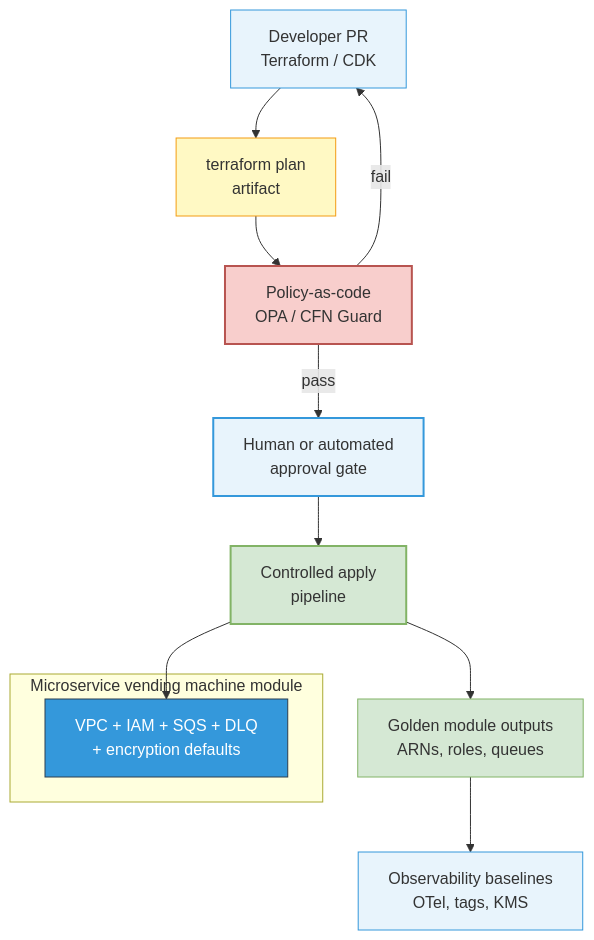
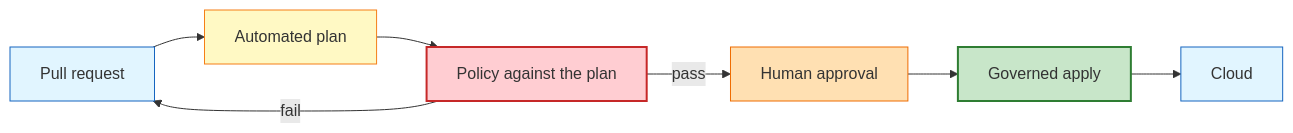
One commit to vaquarkhan/microservices-recipes-a-free-gitbook changed the diagram in assets/images/diagrams/iac-golden-path-pipeline.mmd. Above: the diagram before and after it, drawn with Mermaid. The commit also changed 151 other files, not shown here.

```diff
--- a/assets/images/diagrams/iac-golden-path-pipeline.mmd
+++ b/assets/images/diagrams/iac-golden-path-pipeline.mmd
@@ -1,31 +1,14 @@
-flowchart TB
-    PR["Developer PR<br/>Terraform / CDK"]
-    PLAN["terraform plan<br/>artifact"]
-    POL["Policy-as-code<br/>OPA / CFN Guard"]
-    REV["Human or automated<br/>approval gate"]
-    APPLY["Controlled apply<br/>pipeline"]
-    OUT["Golden module outputs<br/>ARNs, roles, queues"]
-    OBS["Observability baselines<br/>OTel, tags, KMS"]
+flowchart LR
+    PR[Pull request] --> Plan[Automated plan]
+    Plan --> Pol[Policy against the plan]
+    Pol -->|fail| PR
+    Pol -->|pass| App[Human approval]
+    App --> Apply[Governed apply]
+    Apply --> Cloud[Cloud]
 
-    PR --> PLAN
-    PLAN --> POL
-    POL -->|pass| REV
-    POL -->|fail| PR
-    REV --> APPLY
-    APPLY --> OUT
-    OUT --> OBS
-
-    subgraph Vending["Microservice vending machine module"]
-        VM["VPC + IAM + SQS + DLQ<br/>+ encryption defaults"]
-    end
-
-    APPLY --> VM
-
-    style PR fill:#e8f4fc,stroke:#3498db
-    style PLAN fill:#fff9c4,stroke:#f39c12
-    style POL fill:#f8cecc,stroke:#b85450,stroke-width:2px
-    style REV fill:#e8f4fc,stroke:#3498db,stroke-width:2px
-    style APPLY fill:#d5e8d4,stroke:#82b366,stroke-width:2px
-    style OUT fill:#d5e8d4,stroke:#82b366
-    style OBS fill:#e8f4fc,stroke:#3498db
-    style VM fill:#3498db,stroke:#2c3e50,color:#fff
+    style PR fill:#e1f5ff,stroke:#1565c0
+    style Plan fill:#fff9c4,stroke:#f57f17
+    style Pol fill:#ffcdd2,stroke:#c62828,stroke-width:2px
+    style App fill:#ffe0b2,stroke:#ef6c00
+    style Apply fill:#c8e6c9,stroke:#2e7d32,stroke-width:2px
+    style Cloud fill:#e1f5ff,stroke:#1565c0
```
